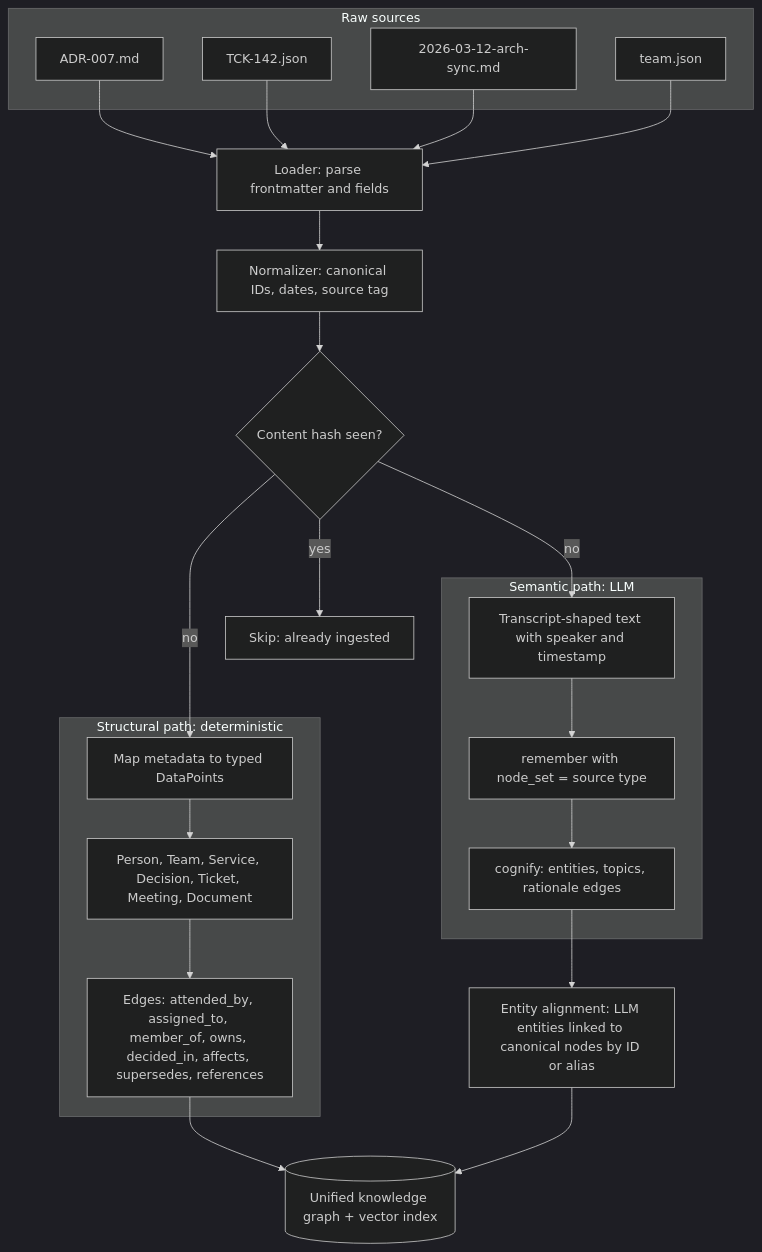
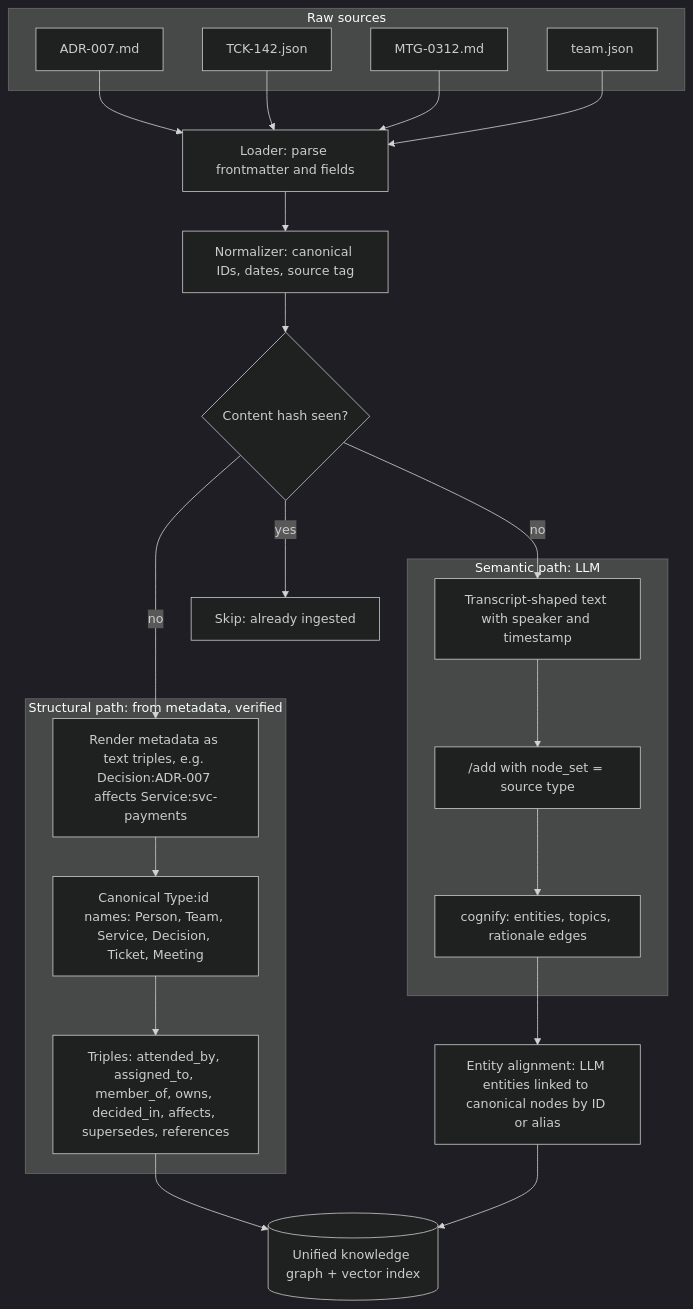
One commit to icyzh/cognee_brain changed the second of 6 diagrams in docs/architecture.md. Above: the diagram before and after it, drawn with Mermaid (dark theme). The commit also changed other lines of this file and 23 other files, not shown here.

````diff
--- a/docs/architecture.md
+++ b/docs/architecture.md
@@ -119,46 +119,46 @@
 ```mermaid
 flowchart TB
     subgraph IN["Raw sources"]
         R1["ADR-007.md"]
         R2["TCK-142.json"]
-        R3["2026-03-12-arch-sync.md"]
+        R3["MTG-0312.md"]
         R4["team.json"]
     end
 
     L["Loader: parse frontmatter and fields"]
     N["Normalizer: canonical IDs, dates, source tag"]
     H{"Content hash seen?"}
     SKIP["Skip: already ingested"]
 
-    subgraph STRUCT["Structural path: deterministic"]
-        M1["Map metadata to typed DataPoints"]
-        M2["Person, Team, Service, Decision, Ticket, Meeting, Document"]
-        M3["Edges: attended_by, assigned_to, member_of, owns, decided_in, affects, supersedes, references"]
+    subgraph STRUCT["Structural path: from metadata, verified"]
+        M1["Render metadata as text triples, e.g. Decision:ADR-007 affects Service:svc-payments"]
+        M2["Canonical Type:id names: Person, Team, Service, Decision, Ticket, Meeting"]
+        M3["Triples: attended_by, assigned_to, member_of, owns, decided_in, affects, supersedes, references"]
     end
 
     subgraph SEM["Semantic path: LLM"]
         T1["Transcript-shaped text with speaker and timestamp"]
-        T2["remember with node_set = source type"]
+        T2["/add with node_set = source type"]
         T3["cognify: entities, topics, rationale edges"]
     end
 
     ER["Entity alignment: LLM entities linked to canonical nodes by ID or alias"]
     OUT[("Unified knowledge graph + vector index")]
 
     R1 --> L
     R2 --> L
     R3 --> L
     R4 --> L
     L --> N
     N --> H
     H -- yes --> SKIP
     H -- no --> M1
     H -- no --> T1
     M1 --> M2
     M2 --> M3
     M3 --> OUT
     T1 --> T2
     T2 --> T3
     T3 --> ER
     ER --> OUT
 ```
````
